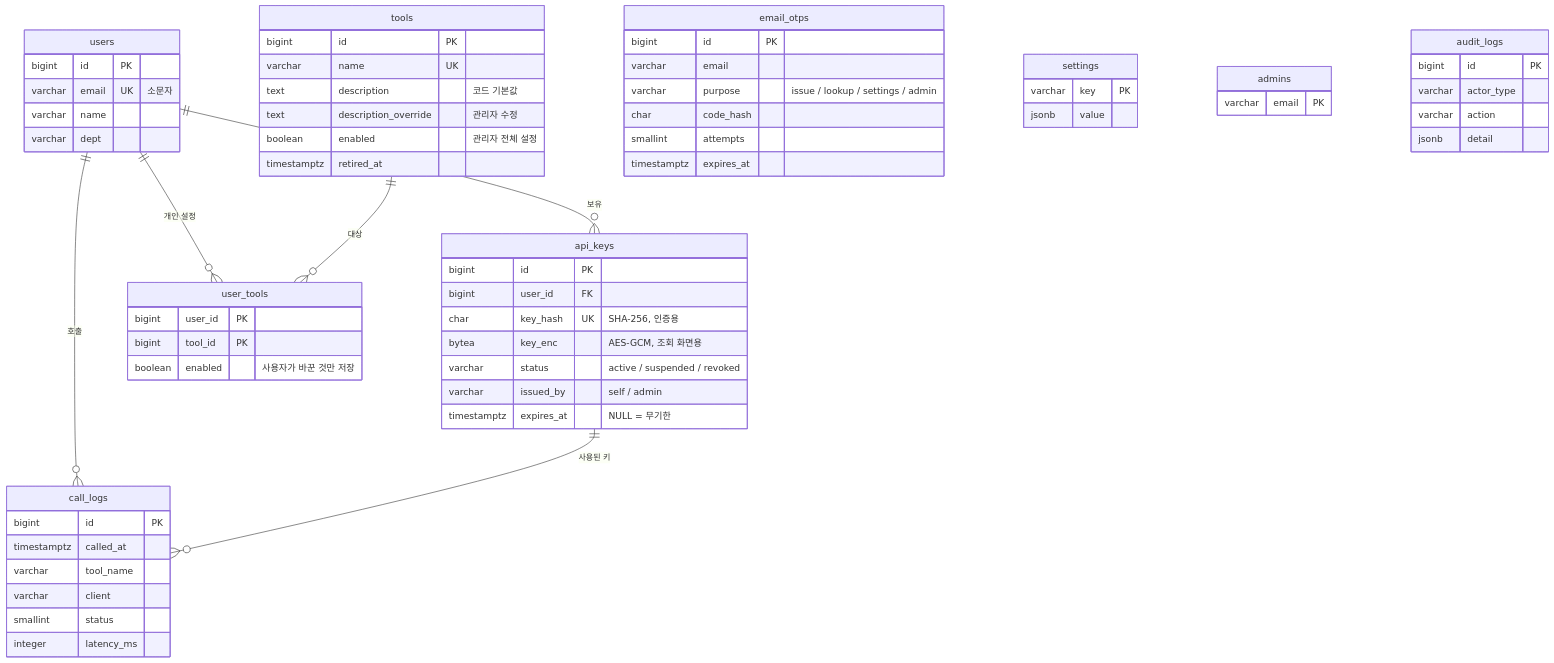
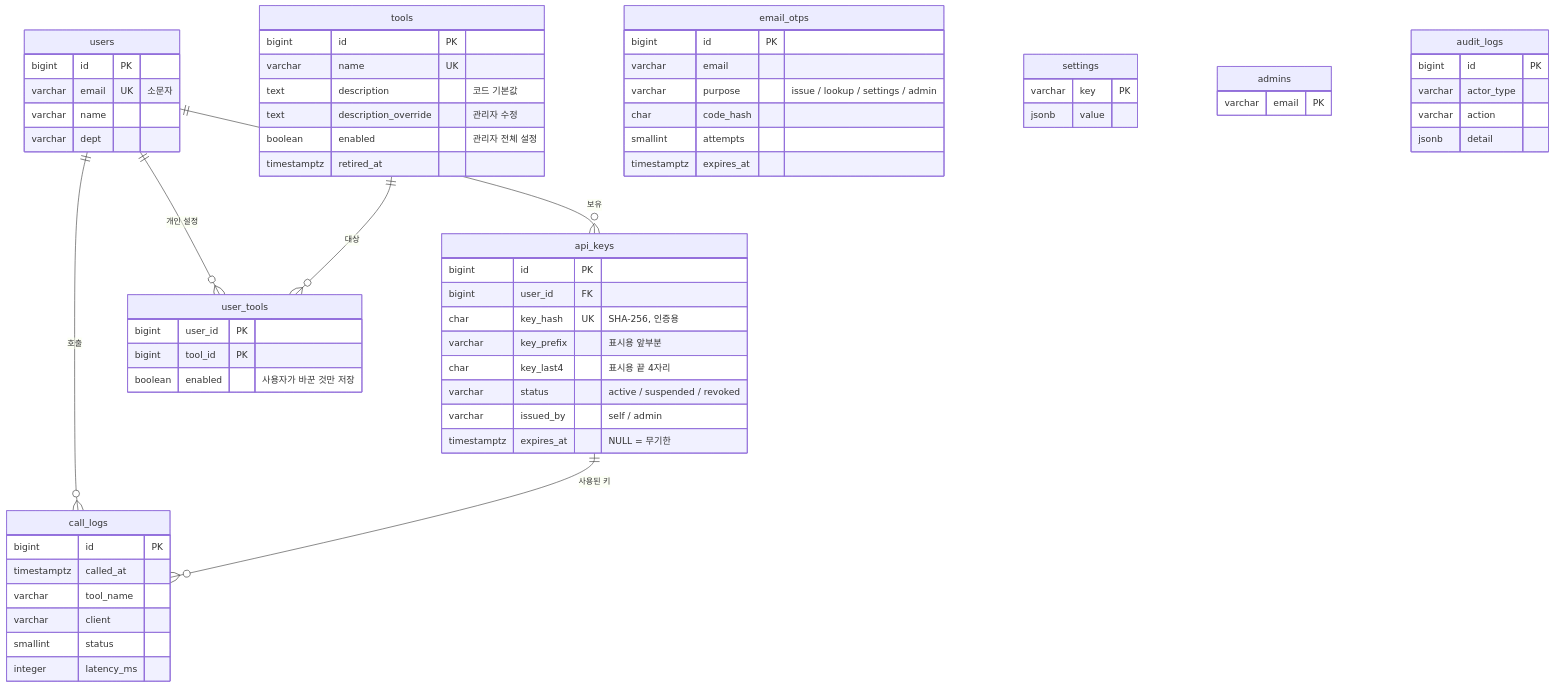
The diagram in doc/02-database.md (ace062212/selim_MCP), drawn with Mermaid before and after one commit. The commit also changed other lines of this file and 8 other files, not shown here.

````diff
--- a/doc/02-database.md
+++ b/doc/02-database.md
@@ -9,66 +9,67 @@
 ```mermaid
 erDiagram
     users ||--o{ api_keys : "보유"
     users ||--o{ user_tools : "개인 설정"
     tools ||--o{ user_tools : "대상"
     users ||--o{ call_logs : "호출"
     api_keys ||--o{ call_logs : "사용된 키"
 
     users {
         bigint id PK
         varchar email UK "소문자"
         varchar name
         varchar dept
     }
     api_keys {
         bigint id PK
         bigint user_id FK
         char key_hash UK "SHA-256, 인증용"
-        bytea key_enc "AES-GCM, 조회 화면용"
+        varchar key_prefix "표시용 앞부분"
+        char key_last4 "표시용 끝 4자리"
         varchar status "active / suspended / revoked"
         varchar issued_by "self / admin"
         timestamptz expires_at "NULL = 무기한"
     }
     email_otps {
         bigint id PK
         varchar email
         varchar purpose "issue / lookup / settings / admin"
         char code_hash
         smallint attempts
         timestamptz expires_at
     }
     tools {
         bigint id PK
         varchar name UK
         text description "코드 기본값"
         text description_override "관리자 수정"
         boolean enabled "관리자 전체 설정"
         timestamptz retired_at
     }
     user_tools {
         bigint user_id PK
         bigint tool_id PK
         boolean enabled "사용자가 바꾼 것만 저장"
     }
     call_logs {
         bigint id PK
         timestamptz called_at
         varchar tool_name
         varchar client
         smallint status
         integer latency_ms
     }
     settings {
         varchar key PK
         jsonb value
     }
     admins {
         varchar email PK
     }
     audit_logs {
         bigint id PK
         varchar actor_type
         varchar action
         jsonb detail
     }
 ```
````
